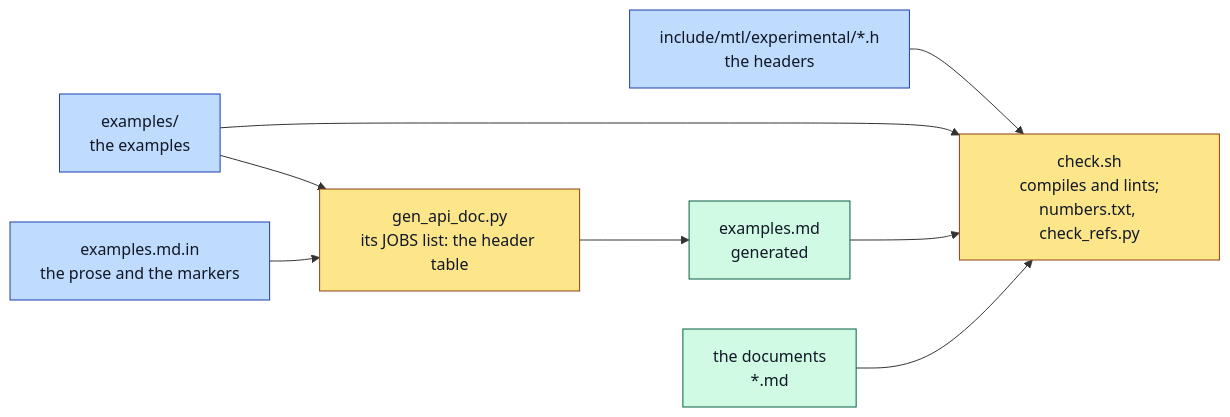
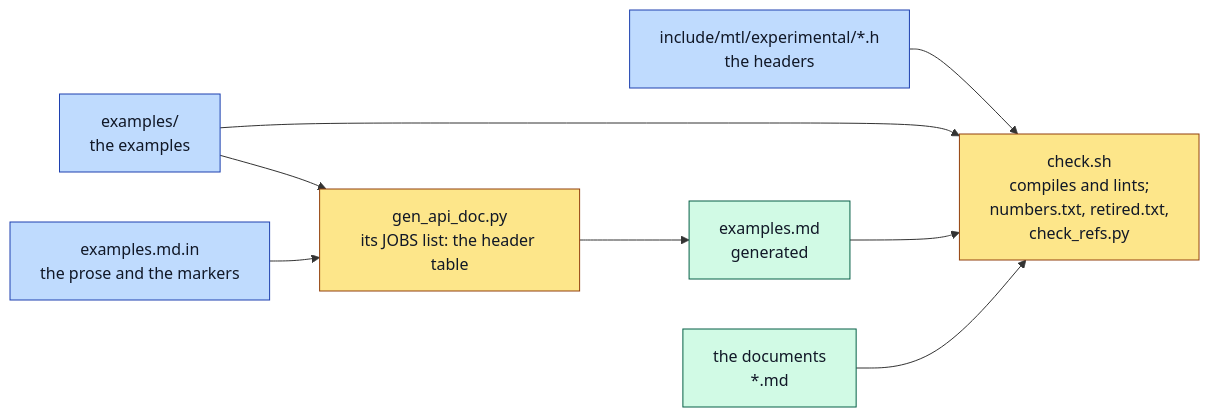
The diagram in doc/unified-api/sketch/README.md (OpenVisualCloud/Media-Transport-Library), drawn with Mermaid before and after one commit. The commit also changed other lines of this file and 58 other files, not shown here.

````diff
--- a/doc/unified-api/sketch/README.md
+++ b/doc/unified-api/sketch/README.md
@@ -27,20 +28,20 @@
 ```mermaid
 flowchart LR
   classDef src fill:#bfdbfe,stroke:#1e40af,color:#111827
   classDef tool fill:#fde68a,stroke:#92400e,color:#111827
   classDef out fill:#d1fae5,stroke:#065f46,color:#111827
   H["include/mtl/experimental/*.h<br/>the headers"]:::src
   E["examples/<br/>the examples"]:::src
   T["examples.md.in<br/>the prose and the markers"]:::src
   G["gen_api_doc.py<br/>its JOBS list: the header table"]:::tool
   M["examples.md<br/>generated"]:::out
   O["the documents<br/>*.md"]:::out
-  C["check.sh<br/>compiles and lints;<br/>numbers.txt, check_refs.py"]:::tool
+  C["check.sh<br/>compiles and lints;<br/>numbers.txt, retired.txt,<br/>check_refs.py"]:::tool
   E --> G
   T --> G
   G --> M
   H --> C
   E --> C
   M --> C
   O --> C
 ```
````
